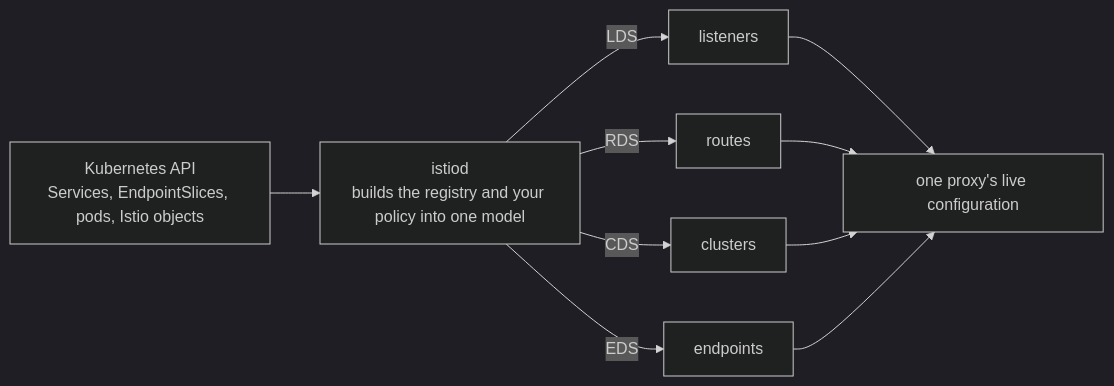
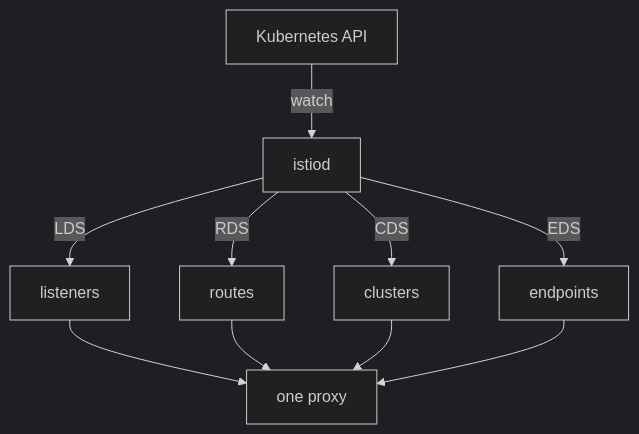
The first of 2 diagrams in sections/section-000/module-01/course-02-how-the-proxy-gets-its-configuration.md (astrona-io/ATS014), drawn with Mermaid (dark theme) before and after one commit. The commit also changed other lines of this file and 444 other files, not shown here.

````diff
--- a/sections/section-000/module-01/course-02-how-the-proxy-gets-its-configuration.md
+++ b/sections/section-000/module-01/course-02-how-the-proxy-gets-its-configuration.md
@@ -33,12 +31,12 @@
 ```mermaid
-flowchart LR
-    K["Kubernetes API<br/>Services, EndpointSlices, pods, Istio objects"] --> I["istiod<br/>builds the registry and your policy into one model"]
+flowchart TB
+    K["Kubernetes API"] -->|"watch"| I["istiod"]
     I -->|"LDS"| L["listeners"]
     I -->|"RDS"| R["routes"]
     I -->|"CDS"| C["clusters"]
     I -->|"EDS"| E["endpoints"]
-    L --> P["one proxy's live configuration"]
+    L --> P["one proxy"]
     R --> P
     C --> P
     E --> P
 ```
````
